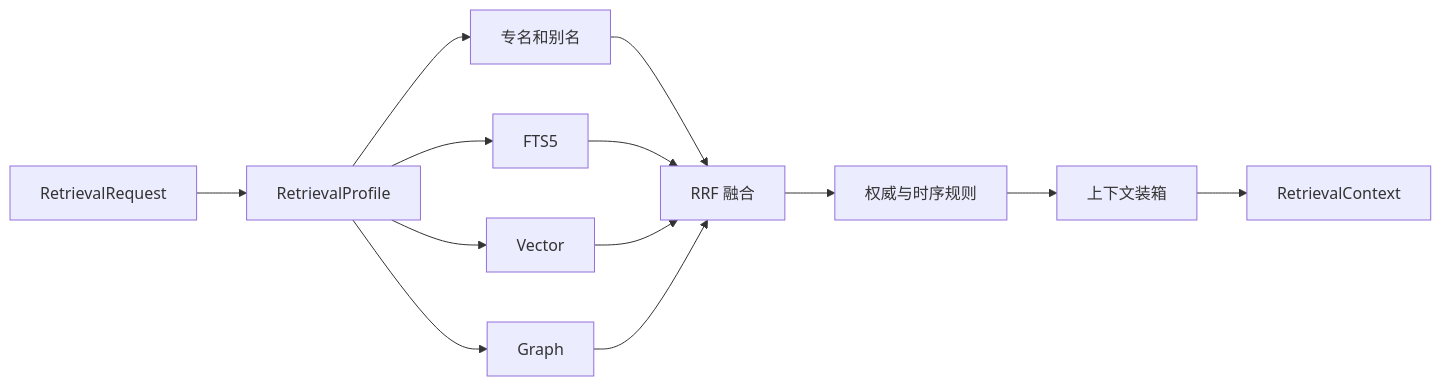
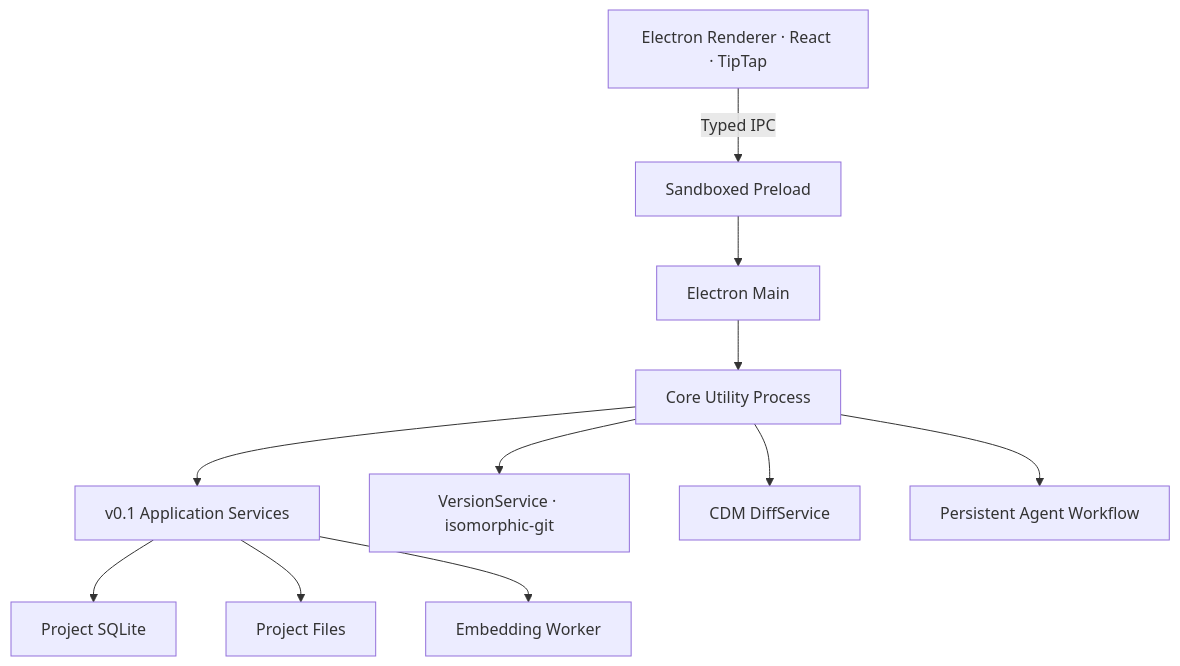
The third of 3 diagrams in docs/TECHNICAL_ARCHITECTURE.md (Mengman/CleoDoc), drawn with Mermaid before and after one commit. The commit also changed other lines of this file and 13 other files, not shown here.

````diff
--- a/docs/TECHNICAL_ARCHITECTURE.md
+++ b/docs/TECHNICAL_ARCHITECTURE.md
@@ -571,15 +203,13 @@
 ```mermaid
-flowchart LR
-    REQUEST["RetrievalRequest"] --> PROFILE["RetrievalProfile"]
-    PROFILE --> EXACT["专名和别名"]
-    PROFILE --> LEXICAL["FTS5"]
-    PROFILE --> VECTOR["Vector"]
-    PROFILE --> GRAPH["Graph"]
-    EXACT --> FUSION["RRF 融合"]
-    LEXICAL --> FUSION
-    VECTOR --> FUSION
-    GRAPH --> FUSION
-    FUSION --> RULES["权威与时序规则"]
-    RULES --> PACK["上下文装箱"]
-    PACK --> CONTEXT["RetrievalContext"]
+flowchart TB
+    RENDERER["Electron Renderer · React · TipTap"] -->|"Typed IPC"| PRELOAD["Sandboxed Preload"]
+    PRELOAD --> MAIN["Electron Main"]
+    MAIN --> CORE["Core Utility Process"]
+    CORE --> SERVICES["v0.1 Application Services"]
+    CORE --> VERSION["VersionService · isomorphic-git"]
+    CORE --> DIFF["CDM DiffService"]
+    CORE --> WORKFLOW["Persistent Agent Workflow"]
+    SERVICES --> DB["Project SQLite"]
+    SERVICES --> FILES["Project Files"]
+    SERVICES --> EMBED["Embedding Worker"]
 ```
````
